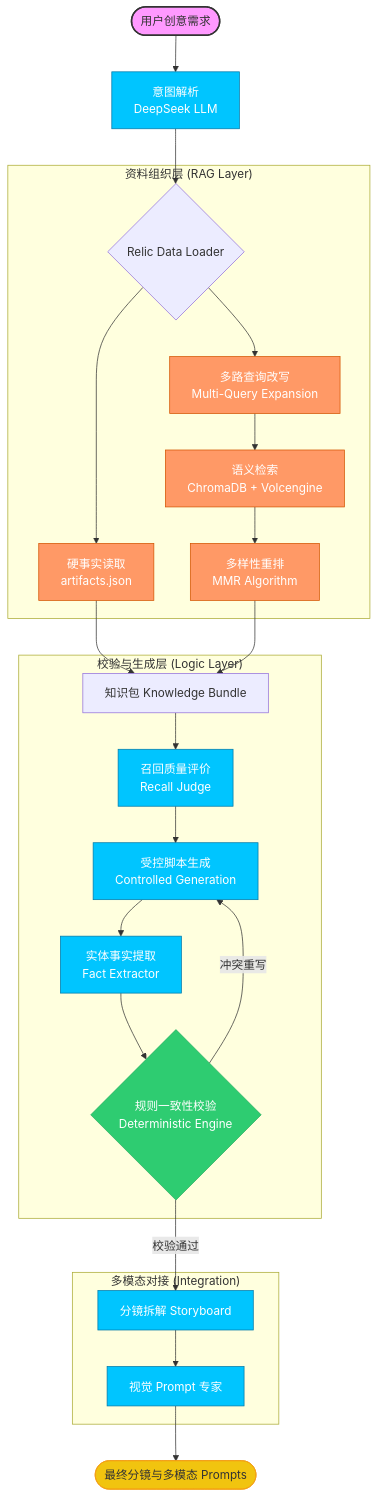
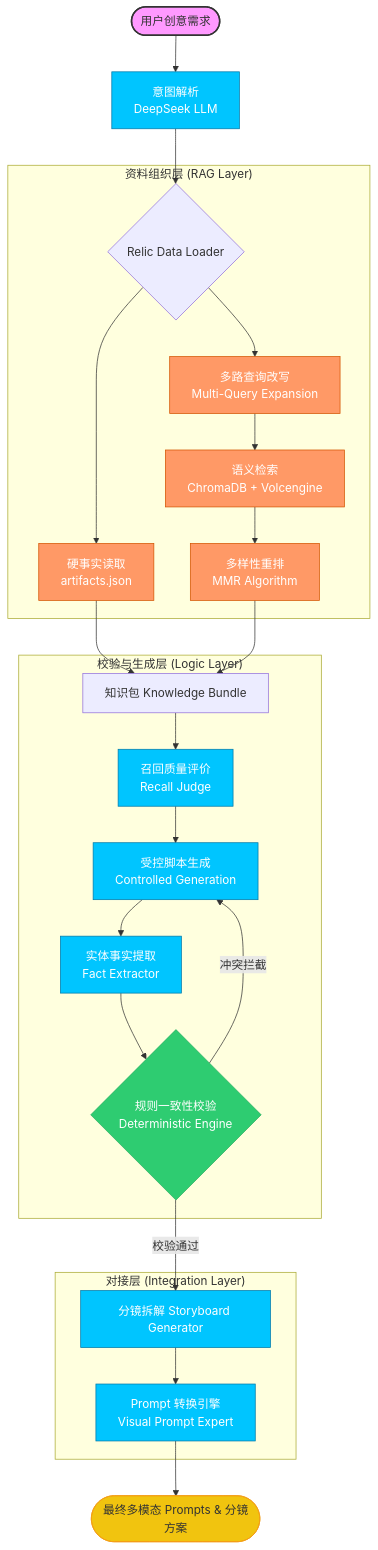
The diagram in README.md (Horoaw/interview), drawn with Mermaid before and after one commit. The commit also changed other lines of this file, not shown here.

````diff
--- a/README.md
+++ b/README.md
@@ -31,41 +27,41 @@
 ```mermaid
 graph TD
     classDef user fill:#f9f,stroke:#333,stroke-width:2px;
     classDef llm fill:#00c5ff,stroke:#0078a8,color:#fff;
     classDef data fill:#f96,stroke:#d35400,color:#fff;
     classDef logic fill:#2ecc71,stroke:#27ae60,color:#fff;
     classDef output fill:#f1c40f,stroke:#f39c12,color:#333;
 
     A([用户创意需求]) --> B[意图解析<br/>DeepSeek LLM]
     B --> C{Relic Data Loader}
     
     subgraph "资料组织层 (RAG Layer)"
         C --> D1[硬事实读取<br/>artifacts.json]
         C --> D2[多路查询改写<br/>Multi-Query Expansion]
         D2 --> D3[语义检索<br/>ChromaDB + Volcengine]
         D3 --> D4[多样性重排<br/>MMR Algorithm]
     end
 
     D1 & D4 --> E[知识包 Knowledge Bundle]
     
     subgraph "校验与生成层 (Logic Layer)"
         E --> F[召回质量评价<br/>Recall Judge]
         F --> G[受控脚本生成<br/>Controlled Generation]
         G --> H[实体事实提取<br/>Fact Extractor]
         H --> I{规则一致性校验<br/>Deterministic Engine}
-        I -- 冲突重写 --> G
+        I -- 冲突拦截 --> G
     end
 
-    subgraph "多模态对接 (Integration)"
-        I -- 校验通过 --> J[分镜拆解 Storyboard]
-        J --> K[视觉 Prompt 专家]
+    subgraph "对接层 (Integration Layer)"
+        I -- 校验通过 --> J[分镜拆解 Storyboard Generator]
+        J --> K[Prompt 转换引擎<br/>Visual Prompt Expert]
     end
 
-    K --> L([最终分镜与多模态 Prompts])
+    K --> L([最终多模态 Prompts & 分镜方案])
 
     class A user;
     class B,F,G,H,J,K llm;
     class D1,D2,D3,D4 data;
     class I logic;
     class L output;
 ```
````
